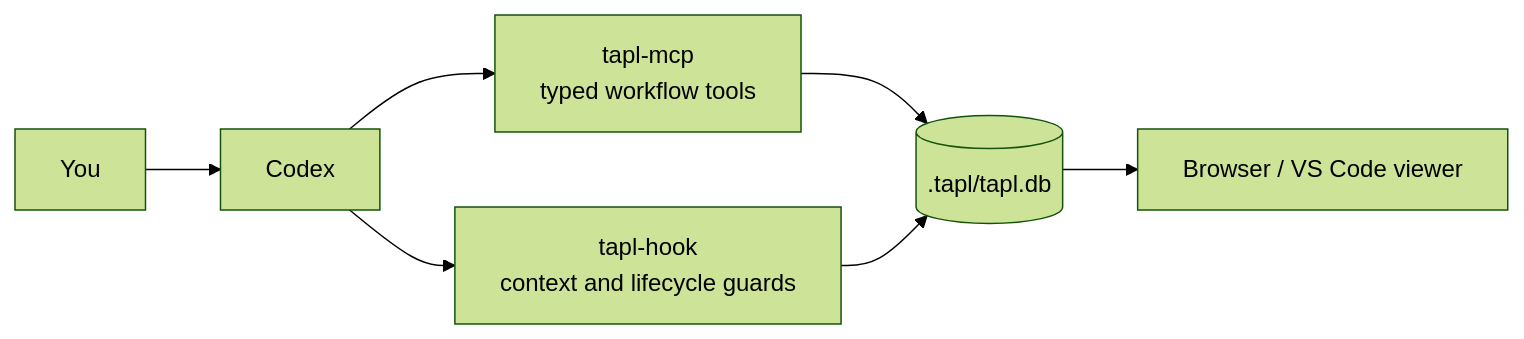
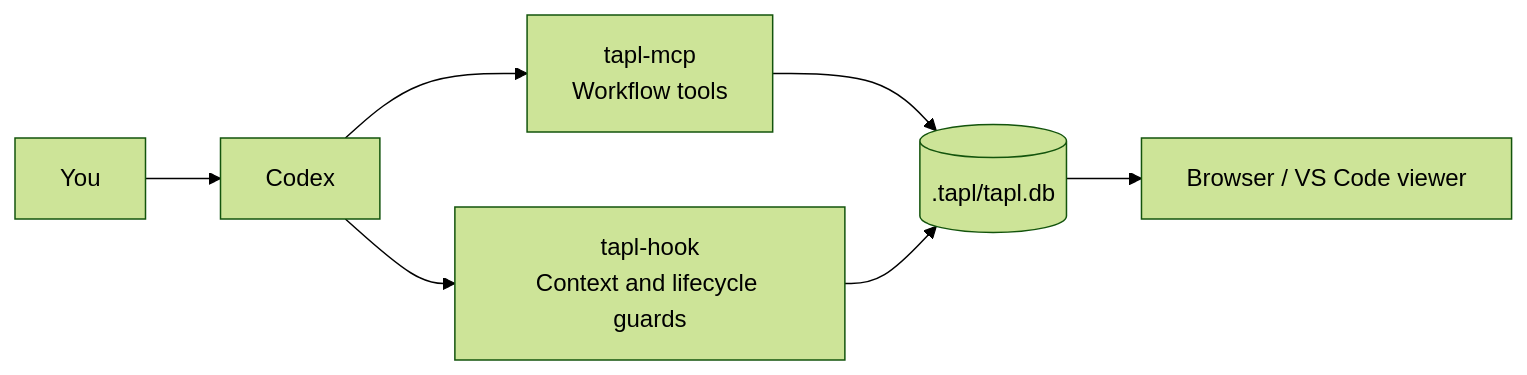
The diagram in README.md (qkdxorjs1002/tapl), drawn with Mermaid (forest theme) before and after one commit. The commit also changed other lines of this file and 14 other files, not shown here.

````diff
--- a/README.md
+++ b/README.md
@@ -323,9 +111,9 @@
 ```mermaid
 flowchart LR
     U[You] --> C[Codex]
-    C --> M[tapl-mcp<br/>typed workflow tools]
-    C --> H[tapl-hook<br/>context and lifecycle guards]
+    C --> M[tapl-mcp<br/>Workflow tools]
+    C --> H[tapl-hook<br/>Context and lifecycle guards]
     M --> D[(.tapl/tapl.db)]
     H --> D
     D --> V[Browser / VS Code viewer]
 ```
````
